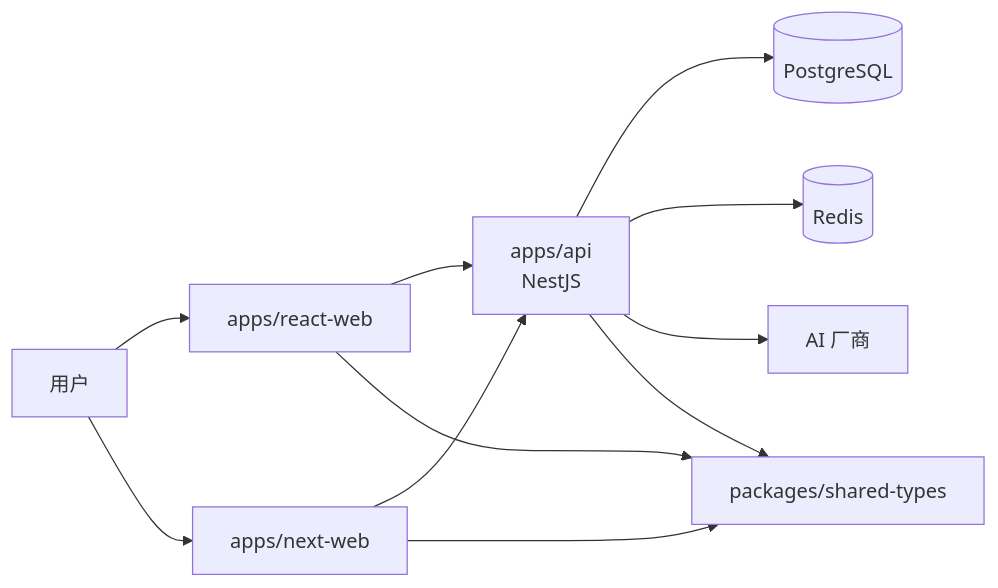
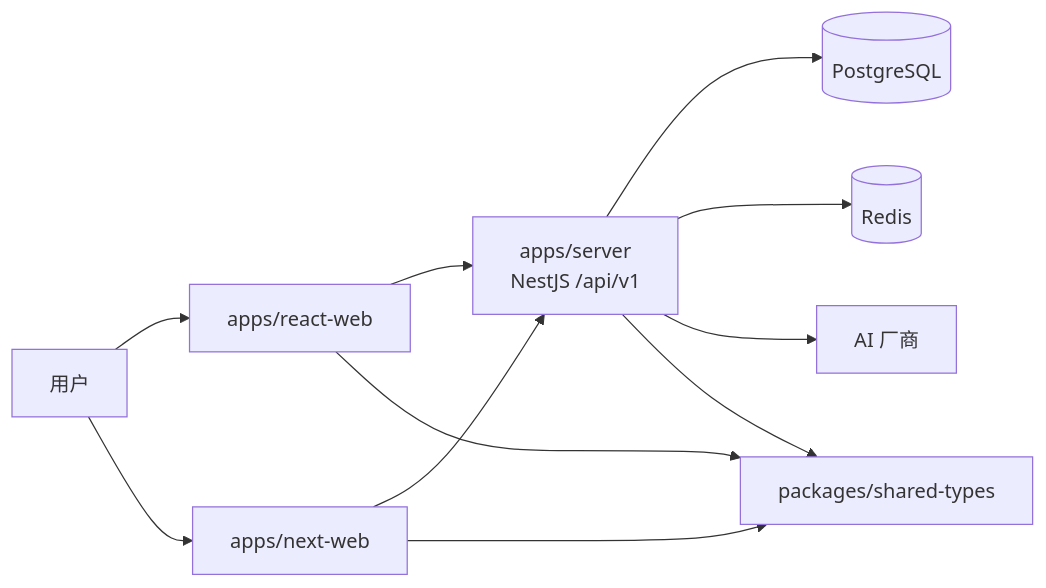
The second of 2 diagrams in docs/react-first/architecture.md (orangejava/personal-hub), drawn with Mermaid before and after one commit. The commit also changed other lines of this file and 47 other files, not shown here.

````diff
--- a/docs/react-first/architecture.md
+++ b/docs/react-first/architecture.md
@@ -70,13 +70,13 @@
 ```mermaid
 flowchart LR
     User["用户"] --> ReactWeb["apps/react-web"]
     User --> NextWeb["apps/next-web"]
-    ReactWeb --> Api["apps/api<br/>NestJS"]
+    ReactWeb --> Api["apps/server<br/>NestJS /api/v1"]
     NextWeb --> Api
     Api --> Db[("PostgreSQL")]
     Api --> Redis[("Redis")]
     Api --> AI["AI 厂商"]
     ReactWeb --> Types["packages/shared-types"]
     NextWeb --> Types
     Api --> Types
 ```
````
